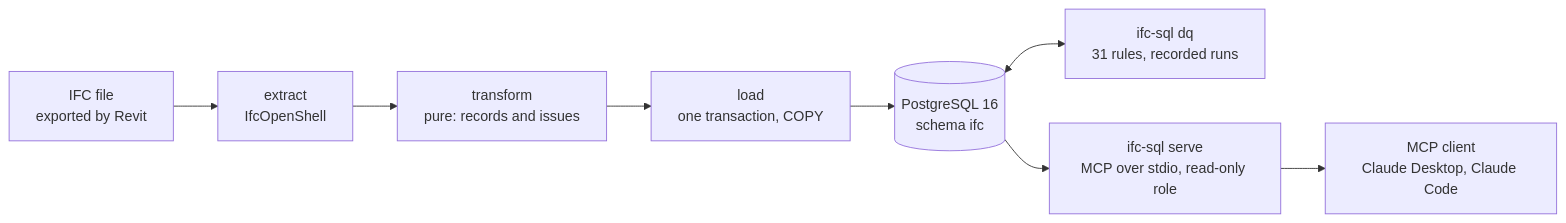
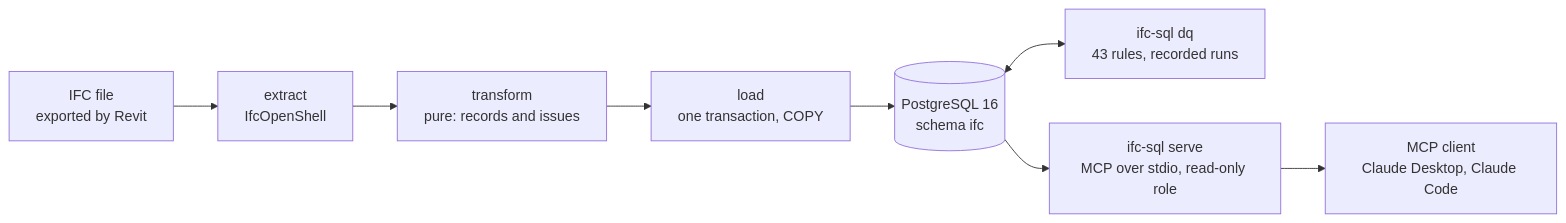
The diagram in README.md (gewoonkees132/Ifc_Sql_Mcp), drawn with Mermaid before and after one commit. The commit also changed other lines of this file and 27 other files, not shown here.

````diff
--- a/README.md
+++ b/README.md
@@ -10,10 +10,10 @@
 ```mermaid
 flowchart LR
     ifc["IFC file<br/>exported by Revit"] --> extract["extract<br/>IfcOpenShell"]
     extract --> transform["transform<br/>pure: records and issues"]
     transform --> load["load<br/>one transaction, COPY"]
     load --> db[("PostgreSQL 16<br/>schema ifc")]
-    db <--> dq["ifc-sql dq<br/>31 rules, recorded runs"]
+    db <--> dq["ifc-sql dq<br/>43 rules, recorded runs"]
     db --> mcp["ifc-sql serve<br/>MCP over stdio, read-only role"]
     mcp --> llm["MCP client<br/>Claude Desktop, Claude Code"]
 ```
````
